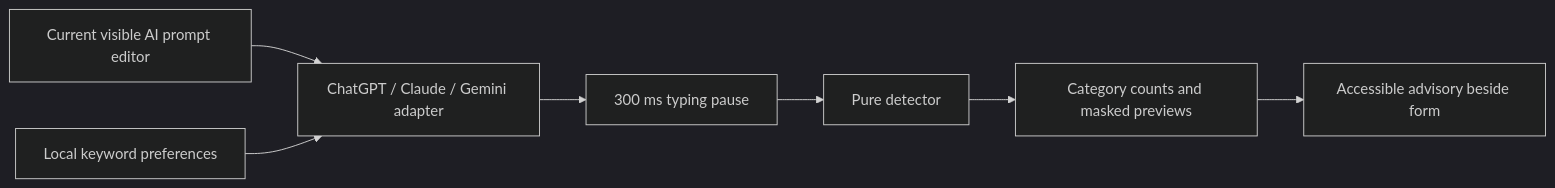
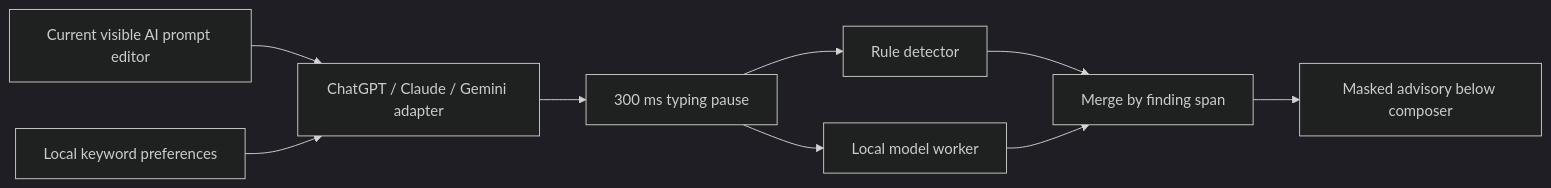
One commit to zaeem886/promptcheck changed the first of 2 diagrams in docs/ARCHITECTURE.md. Above: the diagram before and after it, drawn with Mermaid (dark theme). The commit also changed other lines of this file and 48 other files, not shown here.

````diff
--- a/docs/ARCHITECTURE.md
+++ b/docs/ARCHITECTURE.md
@@ -5,9 +5,11 @@
 ```mermaid
 flowchart LR
   E[Current visible AI prompt editor] --> A[ChatGPT / Claude / Gemini adapter]
   K[Local keyword preferences] --> A
   A --> D[300 ms typing pause]
-  D --> P[Pure detector]
-  P --> M[Category counts and masked previews]
-  M --> W[Accessible advisory beside form]
+  D --> P[Rule detector]
+  D --> I[Local model worker]
+  P --> M[Merge by finding span]
+  I --> M
+  M --> W[Masked advisory below composer]
 ```
````
